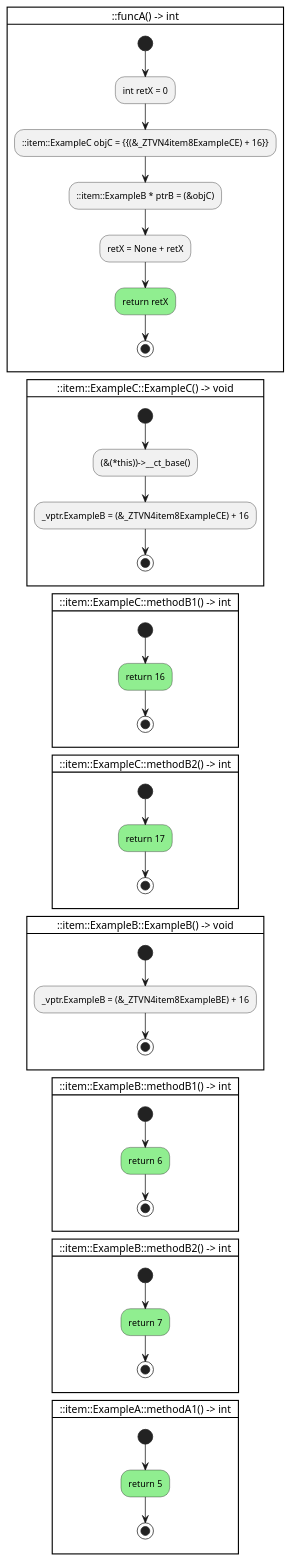
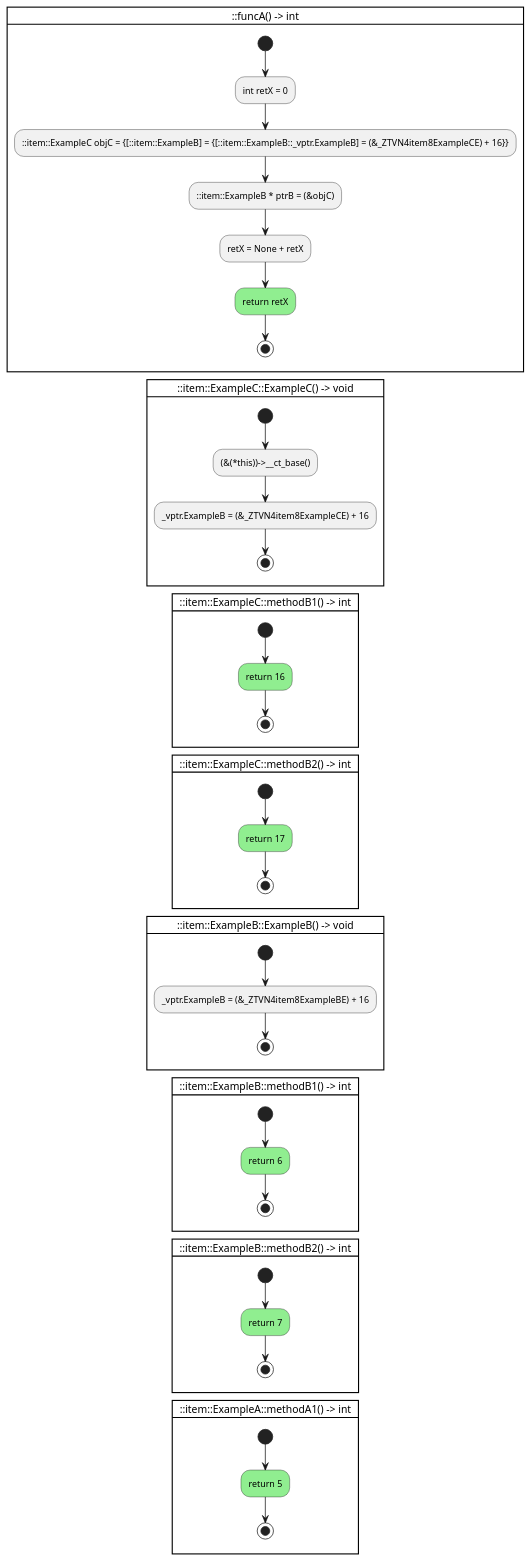
Before and after one commit to anetczuk/gcc-uml: the diagram in examples/ctrlflowgraph/ctrl_ptr.cpp.puml, drawn with PlantUML. The commit also changed 15 other files, not shown here.

```diff
--- a/examples/ctrlflowgraph/ctrl_ptr.cpp.puml
+++ b/examples/ctrlflowgraph/ctrl_ptr.cpp.puml
@@ -1,57 +1,57 @@
 @startuml
 
 card "::funcA() -> int" {
     start
     :int retX = 0;
-    :::item::ExampleC objC = {{(&_ZTVN4item8ExampleCE) + 16}};
+    :::item::ExampleC objC = {[::item::ExampleB] = {[::item::ExampleB::_vptr.ExampleB] = (&_ZTVN4item8ExampleCE) + 16}};
     :::item::ExampleB * ptrB = (&objC);
     :retX = None + retX;
     #lightgreen:return retX;
     stop
 }
 
 card "::item::ExampleC::ExampleC() -> void" {
     start
     :(&(*this))->__ct_base();
     :_vptr.ExampleB = (&_ZTVN4item8ExampleCE) + 16;
     stop
 }
 
 card "::item::ExampleC::methodB1() -> int" {
     start
     #lightgreen:return 16;
     stop
 }
 
 card "::item::ExampleC::methodB2() -> int" {
     start
     #lightgreen:return 17;
     stop
 }
 
 card "::item::ExampleB::ExampleB() -> void" {
     start
     :_vptr.ExampleB = (&_ZTVN4item8ExampleBE) + 16;
     stop
 }
 
 card "::item::ExampleB::methodB1() -> int" {
     start
     #lightgreen:return 6;
     stop
 }
 
 card "::item::ExampleB::methodB2() -> int" {
     start
     #lightgreen:return 7;
     stop
 }
 
 card "::item::ExampleA::methodA1() -> int" {
     start
     #lightgreen:return 5;
     stop
 }
 
 
 @enduml
```
